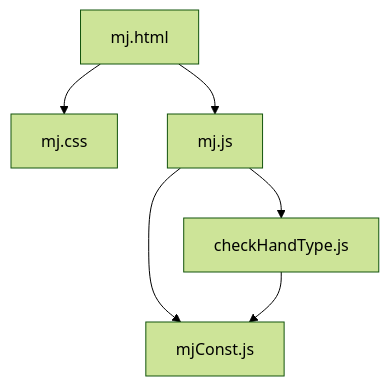
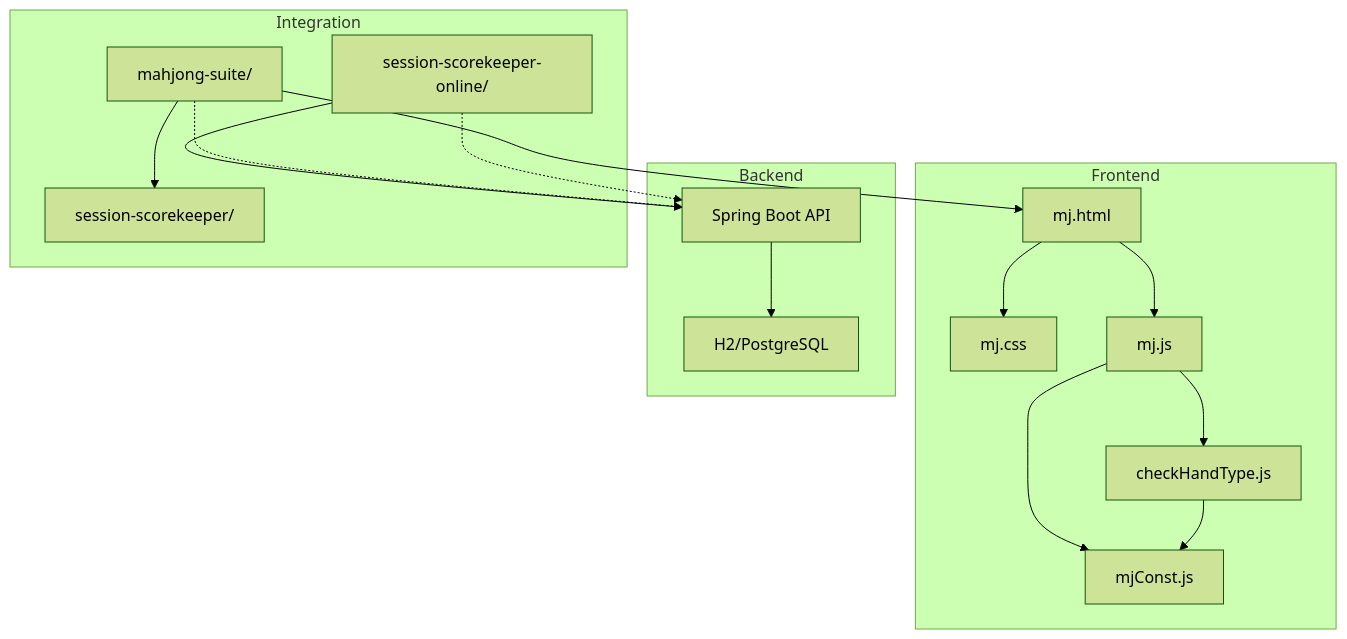
Before and after one commit to stc05168/ov-mj-calculator: the first of 5 diagrams in .qoder/repowiki/en/content/Development Guide/Development Guide.md, drawn with Mermaid (forest theme). The commit also changed other lines of this file and 69 other files, not shown here.

````diff
--- a/.qoder/repowiki/en/content/Development Guide/Development Guide.md
+++ b/.qoder/repowiki/en/content/Development Guide/Development Guide.md
@@ -35,8 +63,20 @@
 ```mermaid
 graph TB
+subgraph "Frontend"
 HTML["mj.html"] --> CSS["mj.css"]
 HTML --> JS["mj.js"]
 JS --> CONST["mjConst.js"]
 JS --> SCORE["checkHandType.js"]
 SCORE --> CONST
+end
+subgraph "Backend"
+API["Spring Boot API"] --> DB["H2/PostgreSQL"]
+end
+subgraph "Integration"
+SUITE["mahjong-suite/"] --> HTML
+SUITE --> SESSION["session-scorekeeper/"]
+ONLINE["session-scorekeeper-online/"] --> API
+end
+SUITE -.-> API
+ONLINE -.-> API
 ```
````
